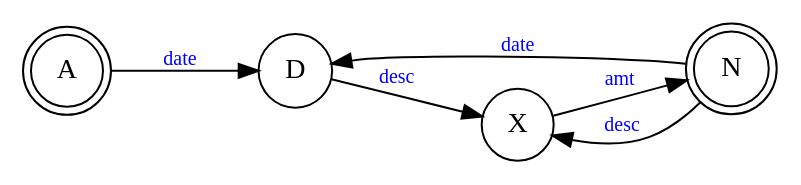
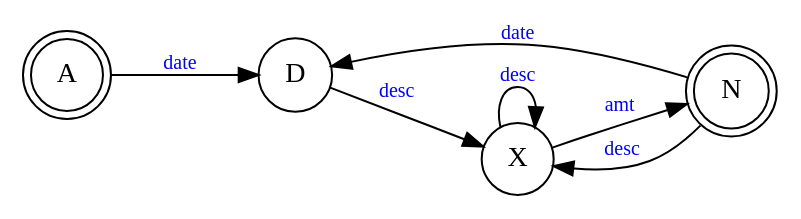
The diagram in docs/states.dot (conery/bilt_transactions), drawn with Graphviz before and after one commit. The commit also changed 6 other files, not shown here.

```diff
--- a/docs/states.dot
+++ b/docs/states.dot
@@ -1,16 +1,17 @@
 digraph { 
     rankdir = "LR";
     node [shape = doublecircle]; A,N;
     node [shape = circle];
     edge [fontsize = 10];
     edge [fontcolor = "blue"];
     A -> D [label = "  date   "];
     D -> X [label = " desc    "];
     X -> N [label = " amt"];
+    X -> X [label = "desc"];
     N -> D [label = " date"];
     N -> X [label = "  desc"];
     // A -> A [label = "  ¬ date"; color="red"];
     // D -> A [label = "¬ desc"; color= "red"];
     // X -> A [label = "   ¬ amt"; color= "red"];
     // N -> A [label = "   amt"; color= "red"];
 }
```
